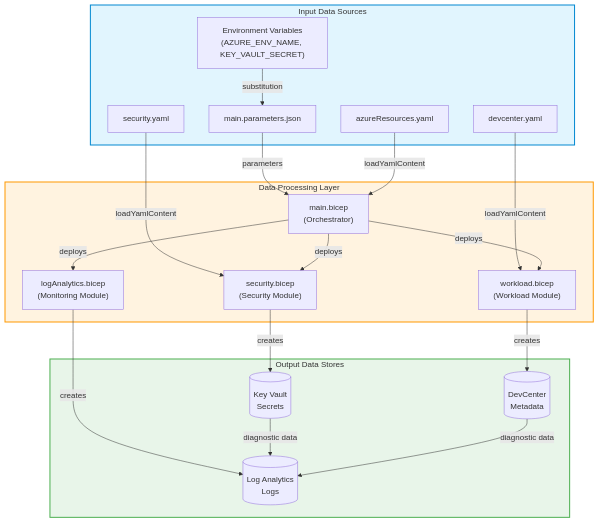
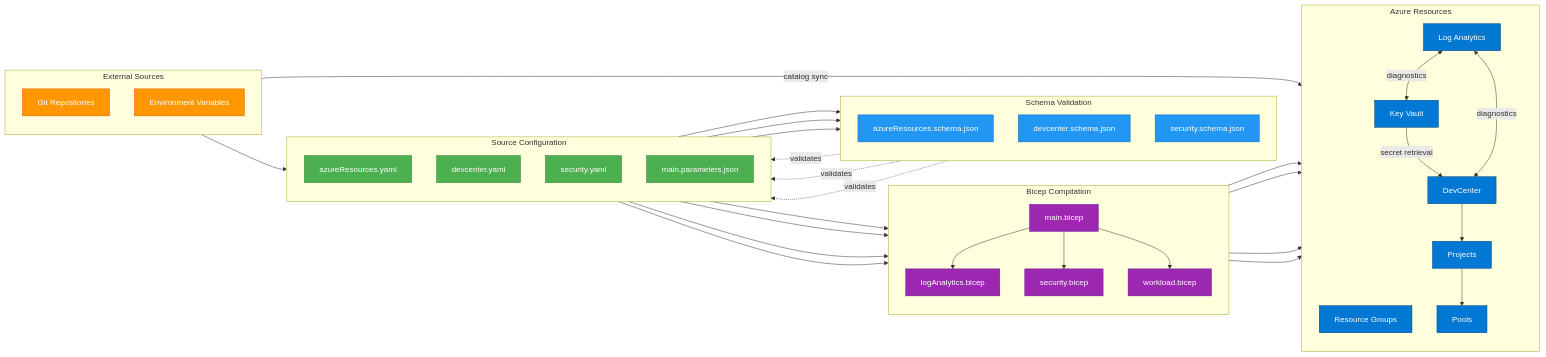
The third of 4 diagrams in docs/architecture/data.md (Evilazaro/DevExp-DevBox), drawn with Mermaid before and after one commit. The commit also changed other lines of this file, not shown here.

````diff
--- a/docs/architecture/data.md
+++ b/docs/architecture/data.md
@@ -350,44 +309,77 @@
 ```mermaid
-flowchart TD
-    subgraph Input["Input Data Sources"]
-        ENV["Environment Variables<br/>(AZURE_ENV_NAME, KEY_VAULT_SECRET)"]
-        PARAMS["main.parameters.json"]
-        YAML1["azureResources.yaml"]
-        YAML2["security.yaml"]
-        YAML3["devcenter.yaml"]
+flowchart LR
+    subgraph "Source Configuration"
+        direction TB
+        YAML_RO["azureResources.yaml"]:::source
+        YAML_WL["devcenter.yaml"]:::source
+        YAML_SEC["security.yaml"]:::source
+        PARAMS["main.parameters.json"]:::source
     end
 
-    subgraph Processing["Data Processing Layer"]
-        MAIN["main.bicep<br/>(Orchestrator)"]
-        SEC_MOD["security.bicep<br/>(Security Module)"]
-        WL_MOD["workload.bicep<br/>(Workload Module)"]
-        MON_MOD["logAnalytics.bicep<br/>(Monitoring Module)"]
+    subgraph "Schema Validation"
+        direction TB
+        SCHEMA_RO["azureResources.schema.json"]:::validation
+        SCHEMA_WL["devcenter.schema.json"]:::validation
+        SCHEMA_SEC["security.schema.json"]:::validation
     end
 
-    subgraph Output["Output Data Stores"]
-        KV[("Key Vault<br/>Secrets")]
-        LA[("Log Analytics<br/>Logs")]
-        DC[("DevCenter<br/>Metadata")]
+    subgraph "Bicep Compilation"
+        direction TB
+        MAIN["main.bicep"]:::bicep
+        WORKLOAD["workload.bicep"]:::bicep
+        SECURITY["security.bicep"]:::bicep
+        MONITORING["logAnalytics.bicep"]:::bicep
     end
 
-    ENV -->|substitution| PARAMS
-    PARAMS -->|parameters| MAIN
-    YAML1 -->|loadYamlContent| MAIN
-    YAML2 -->|loadYamlContent| SEC_MOD
-    YAML3 -->|loadYamlContent| WL_MOD
+    subgraph "Azure Resources"
+        direction TB
+        RG["Resource Groups"]:::azure
+        DC["DevCenter"]:::azure
+        KV["Key Vault"]:::azure
+        LA["Log Analytics"]:::azure
+        PROJ["Projects"]:::azure
+        POOLS["Pools"]:::azure
+    end
 
-    MAIN -->|deploys| SEC_MOD
-    MAIN -->|deploys| WL_MOD
-    MAIN -->|deploys| MON_MOD
+    subgraph "External Sources"
+        direction TB
+        GIT["Git Repositories"]:::external
+        ENV["Environment Variables"]:::external
+    end
 
-    SEC_MOD -->|creates| KV
-    MON_MOD -->|creates| LA
-    WL_MOD -->|creates| DC
+    YAML_RO --> SCHEMA_RO
+    YAML_WL --> SCHEMA_WL
+    YAML_SEC --> SCHEMA_SEC
 
-    KV -->|diagnostic data| LA
-    DC -->|diagnostic data| LA
+    SCHEMA_RO -.->|validates| YAML_RO
+    SCHEMA_WL -.->|validates| YAML_WL
+    SCHEMA_SEC -.->|validates| YAML_SEC
 
-    style Input fill:#e1f5fe,stroke:#0288d1,stroke-width:2px
-    style Processing fill:#fff3e0,stroke:#ff9800,stroke-width:2px
-    style Output fill:#e8f5e9,stroke:#4caf50,stroke-width:2px
+    YAML_RO --> MAIN
+    YAML_WL --> WORKLOAD
+    YAML_SEC --> SECURITY
+    PARAMS --> MAIN
+    ENV --> PARAMS
+
+    MAIN --> RG
+    MAIN --> MONITORING
+    MAIN --> SECURITY
+    MAIN --> WORKLOAD
+
+    MONITORING --> LA
+    SECURITY --> KV
+    WORKLOAD --> DC
+    DC --> PROJ
+    PROJ --> POOLS
+
+    GIT -->|catalog sync| DC
+    KV -->|secret retrieval| DC
+    LA <-->|diagnostics| DC
+    LA <-->|diagnostics| KV
+
+    classDef source fill:#4CAF50,stroke:#2E7D32,color:#fff
+    classDef validation fill:#2196F3,stroke:#1565C0,color:#fff
+    classDef bicep fill:#9C27B0,stroke:#6A1B9A,color:#fff
+    classDef azure fill:#0078D4,stroke:#004578,color:#fff
+    classDef external fill:#FF9800,stroke:#E65100,color:#fff
 ```
````
